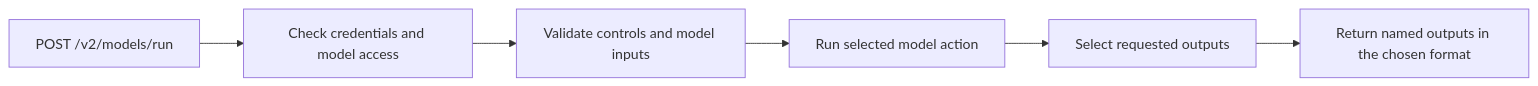
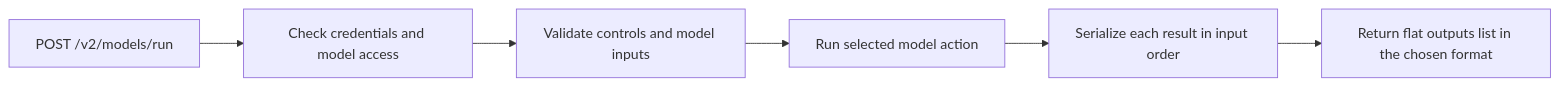
Before and after one commit to roboflow/inference: the second of 5 diagrams in plans/v2-api/01-shared-contract.md, drawn with Mermaid. The commit also changed other lines of this file, not shown here.

Commit message:
Record flat outputs list as the D3 response decision

````diff
--- a/plans/v2-api/01-shared-contract.md
+++ b/plans/v2-api/01-shared-contract.md
@@ -73,8 +73,8 @@
 ```mermaid
 flowchart LR
     A[POST /v2/models/run] --> B[Check credentials and model access]
     B --> C[Validate controls and model inputs]
     C --> D[Run selected model action]
-    D --> E[Select requested outputs]
-    E --> F[Return named outputs in the chosen format]
+    D --> E[Serialize each result in input order]
+    E --> F[Return flat outputs list in the chosen format]
 ```
````
